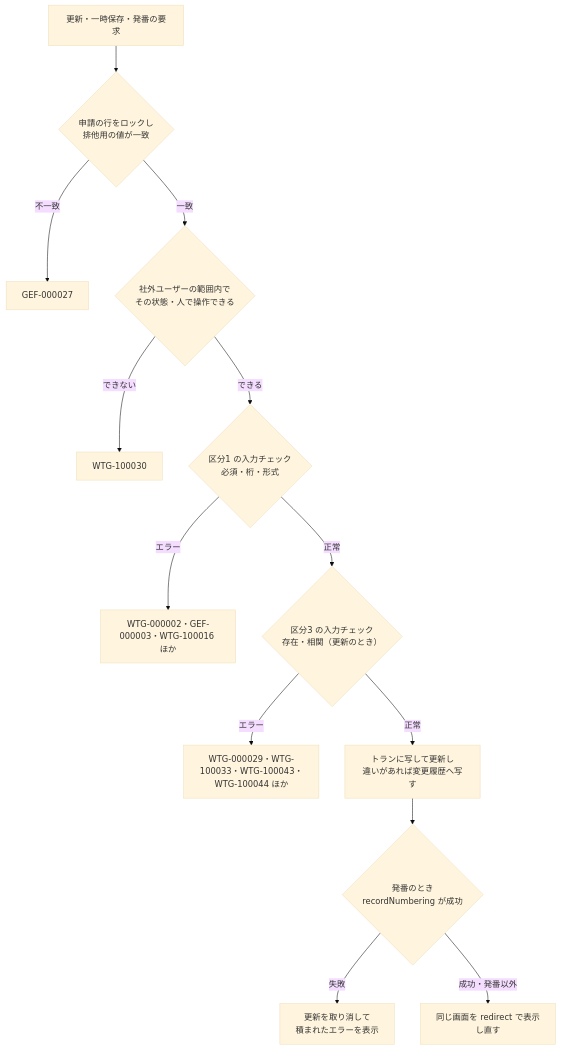
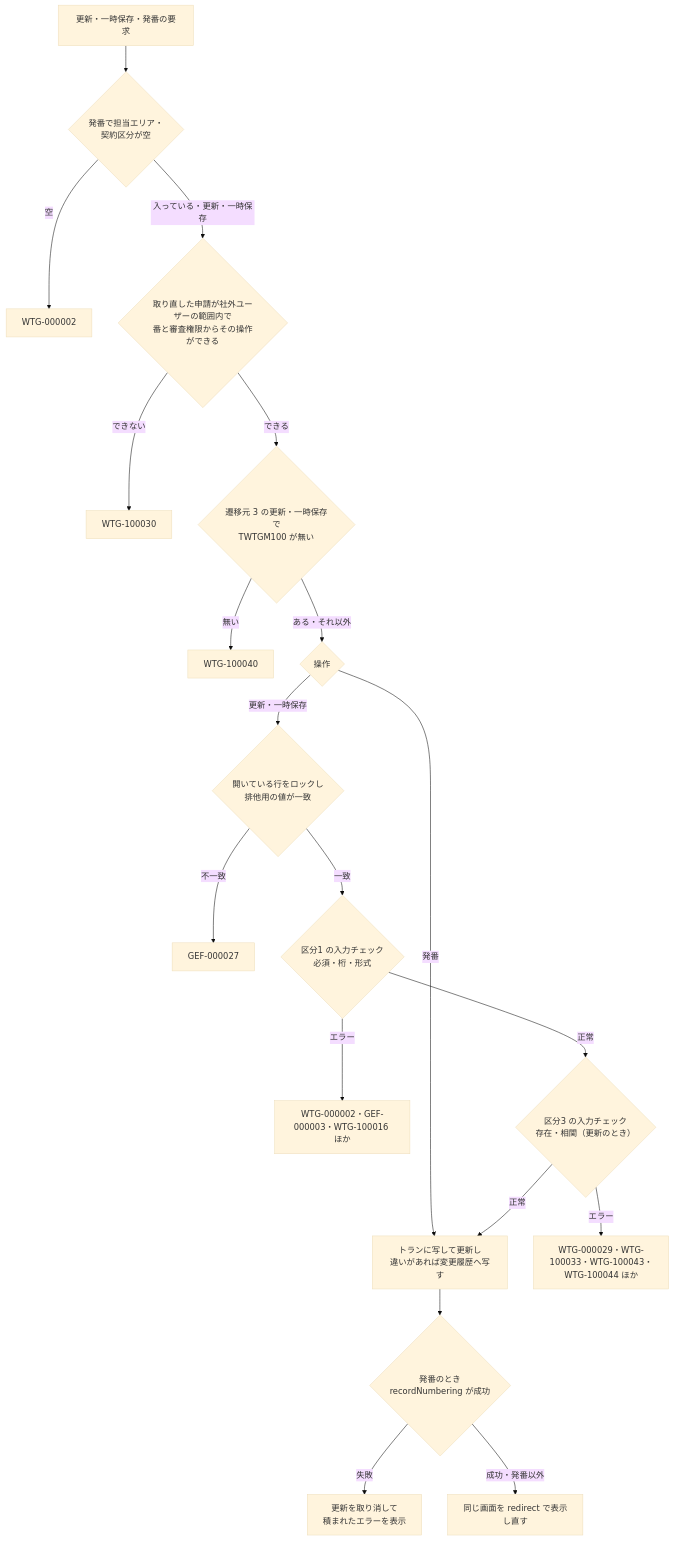
Before and after one commit to masato-teramoto/Wing: the third of 3 diagrams in specs/issue-request/design.md, drawn with Mermaid (base theme). The commit also changed other lines of this file and 202 other files, not shown here.

````diff
--- a/specs/issue-request/design.md
+++ b/specs/issue-request/design.md
@@ -586,15 +609,21 @@
 ```mermaid
 flowchart TD
-    A[更新・一時保存・発番の要求] --> B{申請の行をロックし<br/>排他用の値が一致}
+    A[更新・一時保存・発番の要求] --> I{発番で担当エリア・<br/>契約区分が空}
+    I -- 空 --> V0[WTG-000002]
+    I -- 入っている・更新・一時保存 --> C{取り直した申請が社外ユーザーの範囲内で<br/>番と審査権限からその操作ができる}
+    C -- できない --> R[WTG-100030]
+    C -- できる --> N{遷移元 3 の更新・一時保存で<br/>TWTGM100 が無い}
+    N -- 無い --> W40[WTG-100040]
+    N -- ある・それ以外 --> K{操作}
+    K -- 発番 --> F
+    K -- 更新・一時保存 --> B{開いている行をロックし<br/>排他用の値が一致}
     B -- 不一致 --> X[GEF-000027]
-    B -- 一致 --> C{社外ユーザーの範囲内で<br/>その状態・人で操作できる}
-    C -- できない --> R[WTG-100030]
-    C -- できる --> D{区分1 の入力チェック<br/>必須・桁・形式}
+    B -- 一致 --> D{区分1 の入力チェック<br/>必須・桁・形式}
     D -- エラー --> V[WTG-000002・GEF-000003・WTG-100016 ほか]
     D -- 正常 --> E{区分3 の入力チェック<br/>存在・相関（更新のとき）}
     E -- エラー --> V2[WTG-000029・WTG-100033・WTG-100043・WTG-100044 ほか]
     E -- 正常 --> F[トランに写して更新し<br/>違いがあれば変更履歴へ写す]
     F --> G{発番のとき<br/>recordNumbering が成功}
     G -- 失敗 --> RB[更新を取り消して<br/>積まれたエラーを表示]
     G -- 成功・発番以外 --> H[同じ画面を redirect で表示し直す]
 ```
````
